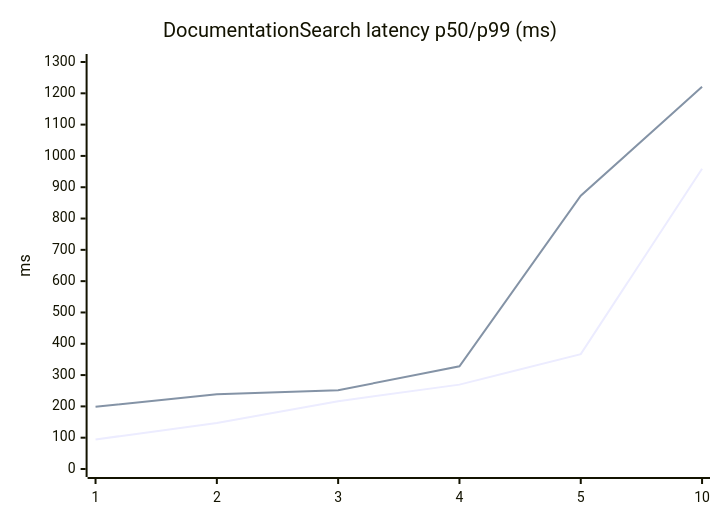
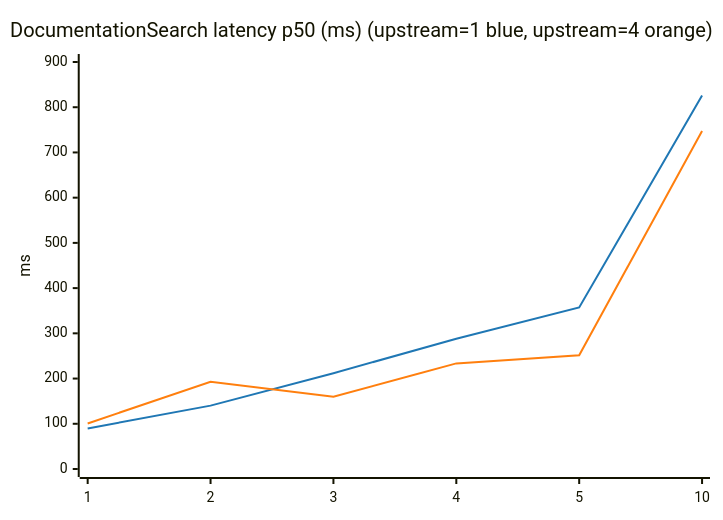
Before and after one commit to romanr/XcodeMCPKit: the eighth of 9 diagrams in Docs/mcp-benchmark.md, drawn with Mermaid. The commit also changed other lines of this file, not shown here.

Commit message:
docs: rerun upstream=1 vs 4 benchmarks

````diff
--- a/Docs/mcp-benchmark.md
+++ b/Docs/mcp-benchmark.md
@@ -164,8 +227,9 @@
 ```mermaid
+%%{init: {'themeVariables': {'xyChart': {'plotColorPalette': '#1f77b4,#ff7f0e'}}}}%%
 xychart-beta
-    title "DocumentationSearch latency p50/p99 (ms)"
+    title "DocumentationSearch latency p50 (ms) (upstream=1 blue, upstream=4 orange)"
     x-axis [1, 2, 3, 4, 5, 10]
-    y-axis "ms" 0 --> 1300
-    line [94.5, 146.6, 216.6, 269.5, 366.9, 959.0]
-    line [199.1, 238.5, 251.5, 328.0, 872.7, 1220.7]
+    y-axis "ms" 0 --> 900
+    line [89.7, 140.1, 211.8, 288.1, 357.2, 825.9]
+    line [100.7, 193.0, 160.0, 233.5, 251.5, 747.6]
 ```
````
